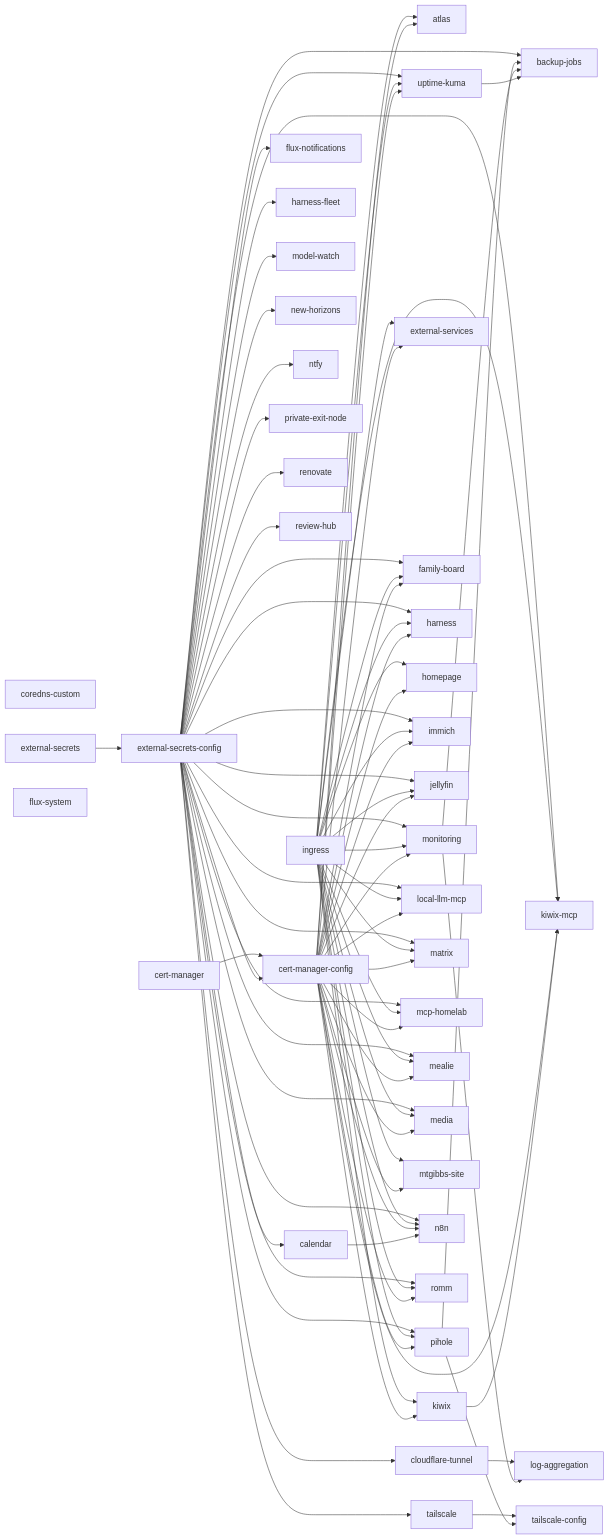
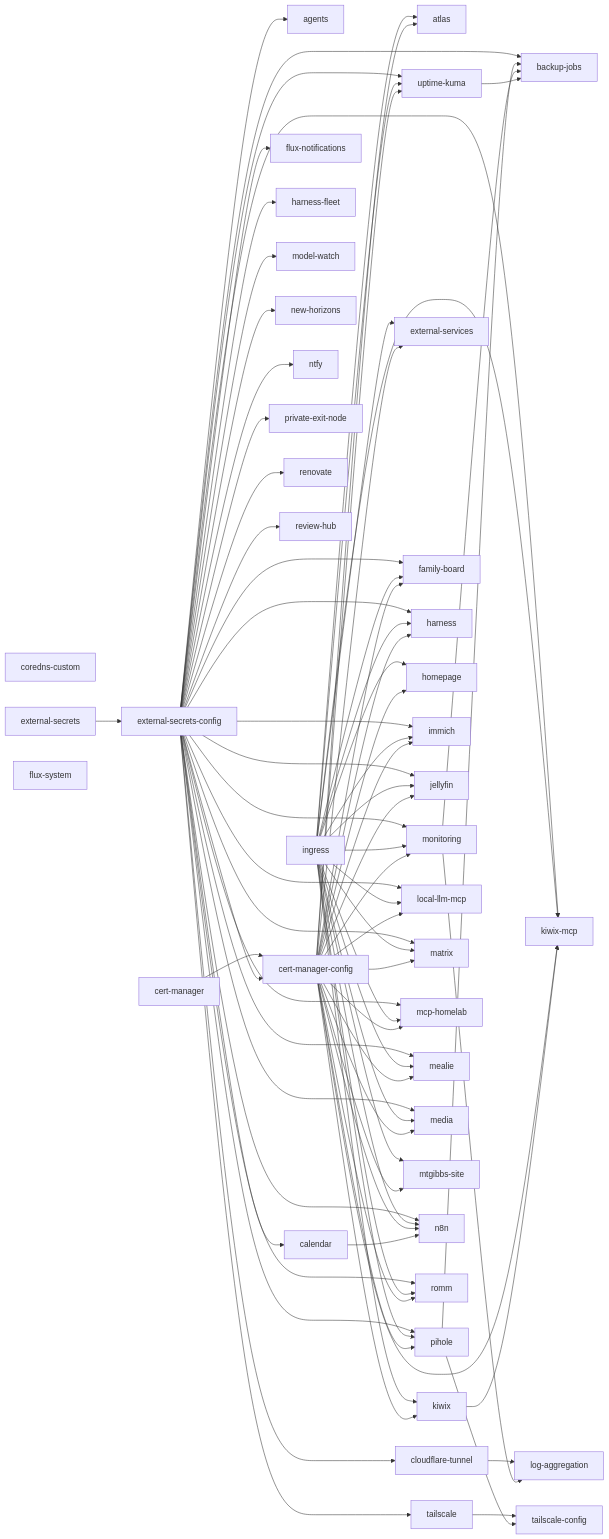
The diagram in docs/domain-map.md (mtgibbs/pi-cluster), drawn with Mermaid before and after one commit. The commit also changed other lines of this file and 3 other files, not shown here.

````diff
--- a/docs/domain-map.md
+++ b/docs/domain-map.md
@@ -46,12 +46,14 @@
 ```mermaid
 graph LR
+  k88ev2t["agents"]
+  k1unc8vb["external-secrets-config"]
+  k1unc8vb --> k88ev2t
   k4urrac["atlas"]
   kkuvy6m["ingress"]
   kkuvy6m --> k4urrac
   k19g0j44["cert-manager-config"]
   k19g0j44 --> k4urrac
   kwoyrdm["backup-jobs"]
-  k1unc8vb["external-secrets-config"]
   k1unc8vb --> kwoyrdm
   kfd8pog["pihole"]
   kfd8pog --> kwoyrdm
````
